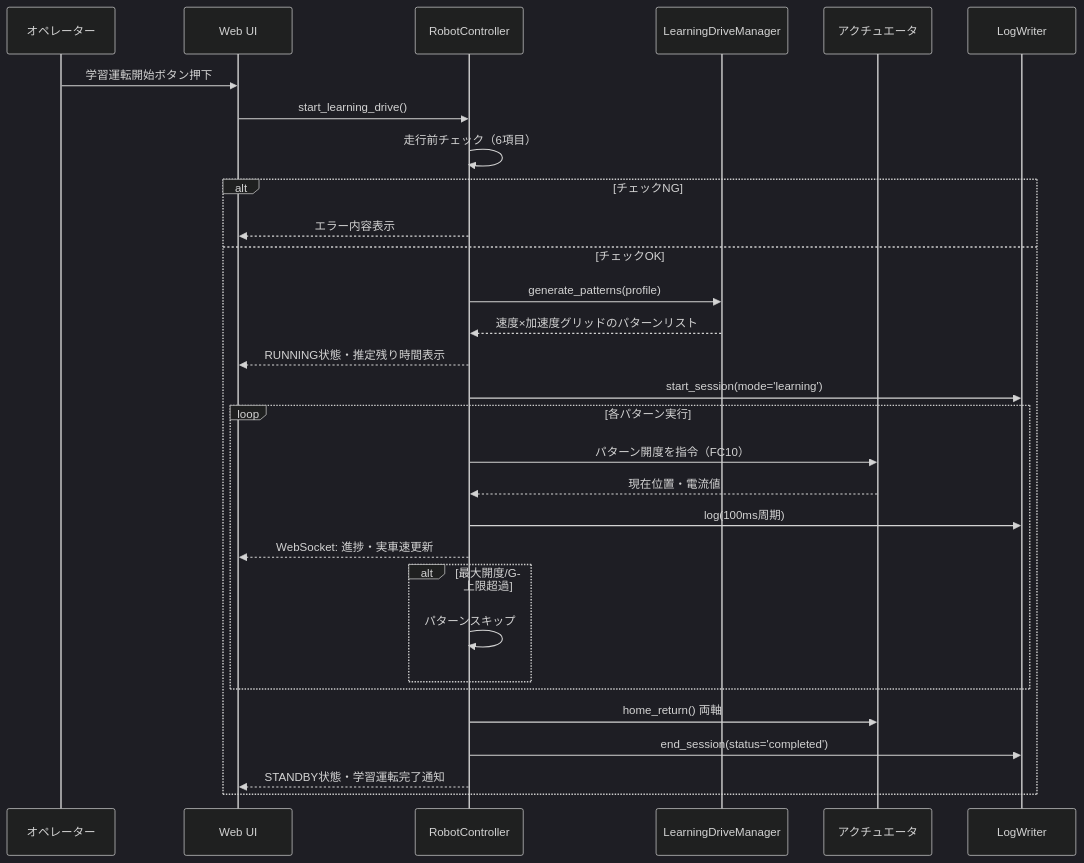
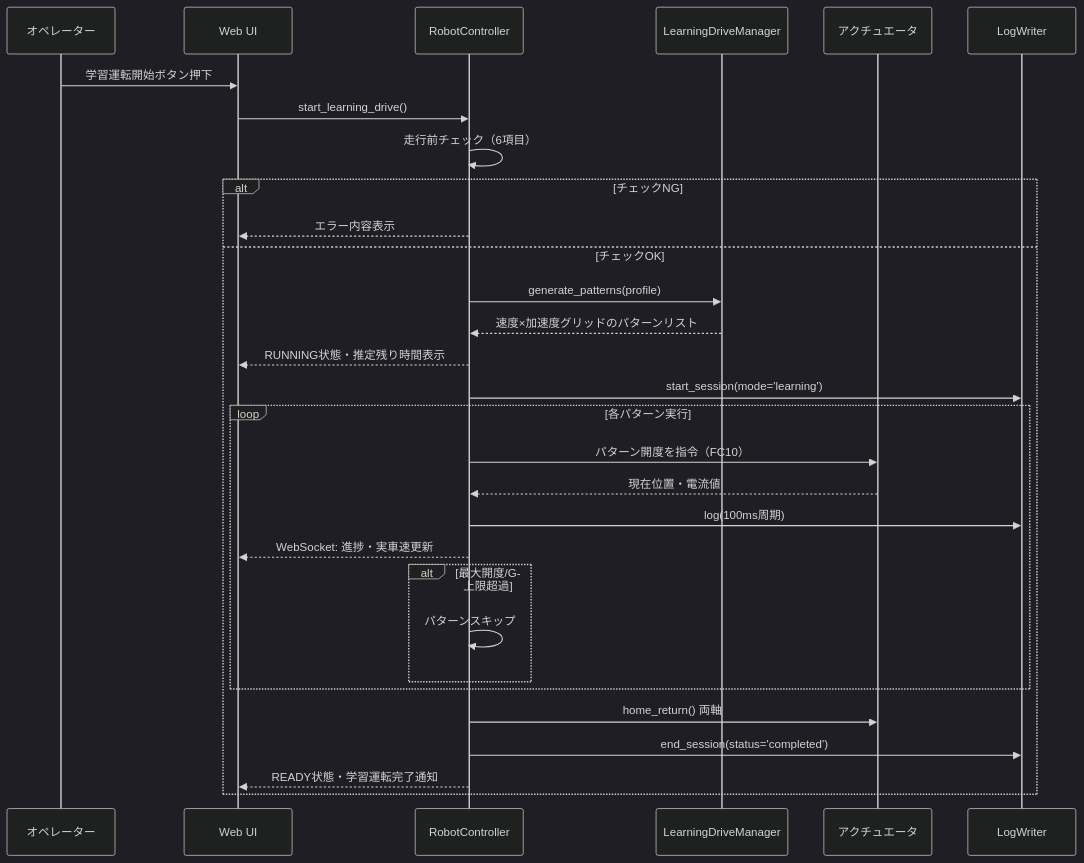
Before and after one commit to sskkusk1219/driving_robot: the ninth of 10 diagrams in docs/functional-design.md, drawn with Mermaid (dark theme). The commit also changed other lines of this file and 9 other files, not shown here.

````diff
--- a/docs/functional-design.md
+++ b/docs/functional-design.md
@@ -730,33 +732,33 @@
 ```mermaid
 sequenceDiagram
     participant Op as オペレーター
     participant UI as Web UI
     participant RC as RobotController
     participant LM as LearningDriveManager
     participant HW as アクチュエータ
     participant LW as LogWriter
 
     Op->>UI: 学習運転開始ボタン押下
     UI->>RC: start_learning_drive()
     RC->>RC: 走行前チェック（6項目）
     alt チェックNG
         RC-->>UI: エラー内容表示
     else チェックOK
         RC->>LM: generate_patterns(profile)
         LM-->>RC: 速度×加速度グリッドのパターンリスト
         RC-->>UI: RUNNING状態・推定残り時間表示
         RC->>LW: start_session(mode='learning')
         loop 各パターン実行
             RC->>HW: パターン開度を指令（FC10）
             HW-->>RC: 現在位置・電流値
             RC->>LW: log(100ms周期)
             RC-->>UI: WebSocket: 進捗・実車速更新
             alt 最大開度/G上限超過
                 RC->>RC: パターンスキップ
             end
         end
         RC->>HW: home_return() 両軸
         RC->>LW: end_session(status='completed')
-        RC-->>UI: STANDBY状態・学習運転完了通知
+        RC-->>UI: READY状態・学習運転完了通知
     end
 ```
````
